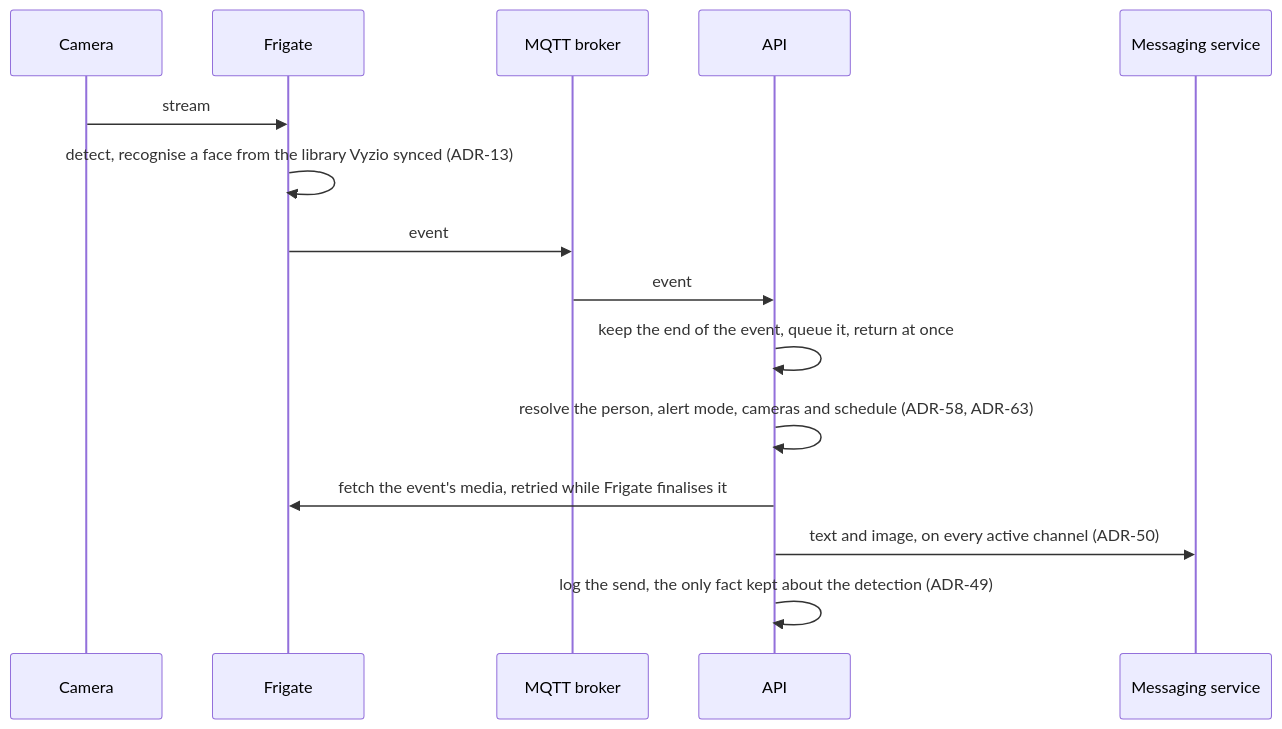
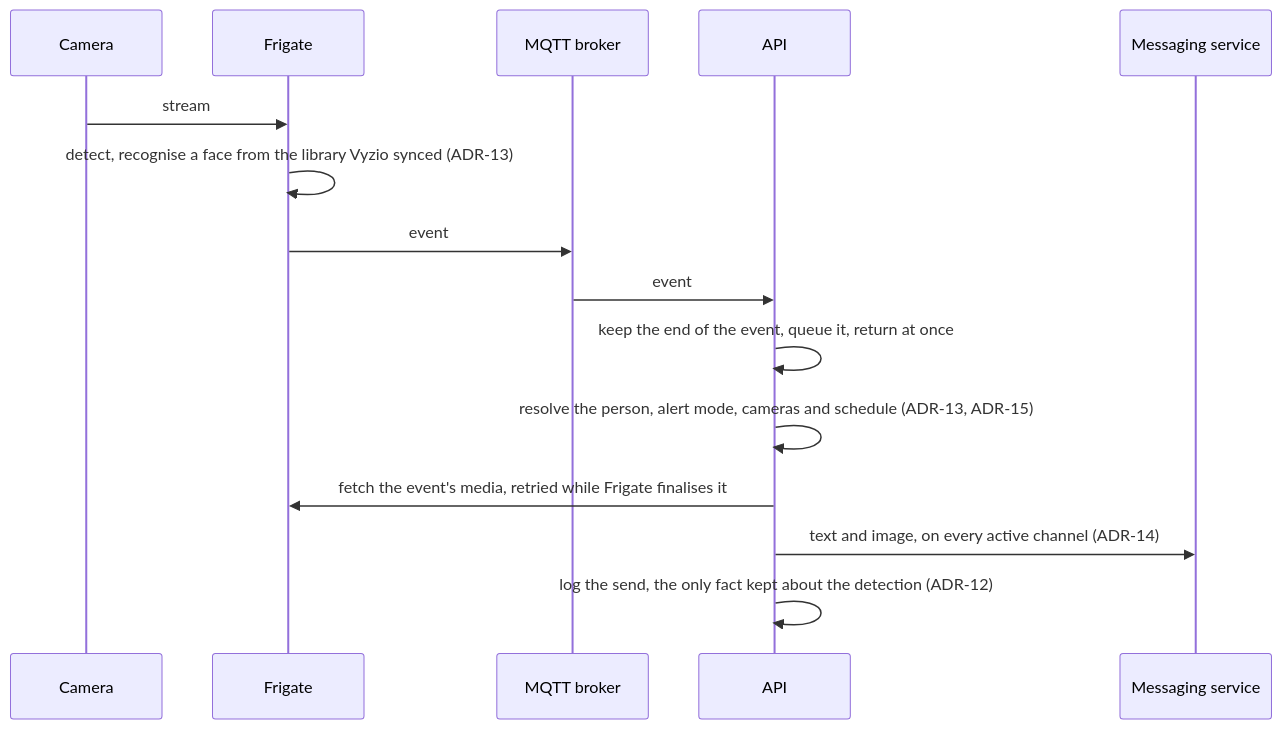
One commit to KelianS/vyzio changed the third of 6 diagrams in docs/SAD.md. Above: the diagram before and after it, drawn with Mermaid. The commit also changed other lines of this file and 510 other files, not shown here.

````diff
--- a/docs/SAD.md
+++ b/docs/SAD.md
@@ -138,17 +138,17 @@
 ```mermaid
 sequenceDiagram
     participant C as Camera
     participant F as Frigate
     participant B as MQTT broker
     participant A as API
     participant M as Messaging service
     C->>F: stream
     F->>F: detect, recognise a face from the library Vyzio synced (ADR-13)
     F->>B: event
     B->>A: event
     A->>A: keep the end of the event, queue it, return at once
-    A->>A: resolve the person, alert mode, cameras and schedule (ADR-58, ADR-63)
+    A->>A: resolve the person, alert mode, cameras and schedule (ADR-13, ADR-15)
     A->>F: fetch the event's media, retried while Frigate finalises it
-    A->>M: text and image, on every active channel (ADR-50)
-    A->>A: log the send, the only fact kept about the detection (ADR-49)
+    A->>M: text and image, on every active channel (ADR-14)
+    A->>A: log the send, the only fact kept about the detection (ADR-12)
 ```
````
